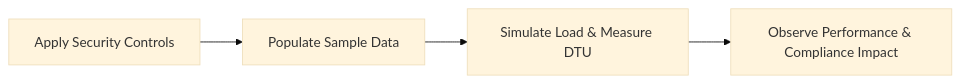
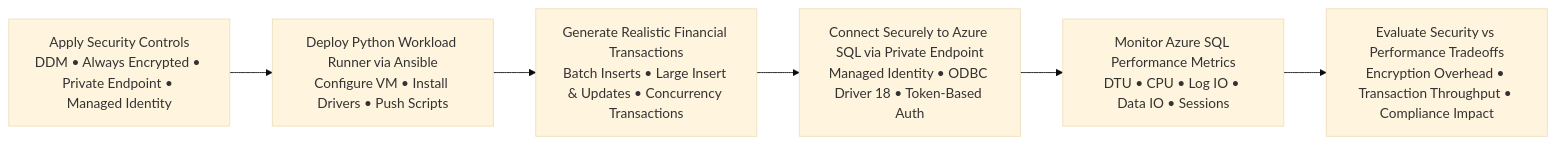
The sixth of 7 diagrams in docs/paas-database.md (hardeymolhar/azure-sql-automated-infrastructure), drawn with Mermaid (base theme) before and after one commit. The commit also changed other lines of this file and 1 other file, not shown here.

Commit message:
Updated readme for presentation

````diff
--- a/docs/paas-database.md
+++ b/docs/paas-database.md
@@ -273,6 +275,25 @@
 ```mermaid
 flowchart LR
-    A[Apply Security Controls] --> B[Populate Sample Data]
-    B --> C[Simulate Load & Measure DTU]
-    C --> D[Observe Performance & Compliance Impact]
+
+    A[Apply Security Controls<br/>DDM • Always Encrypted • Private Endpoint • Managed Identity]
+
+    --> 
+
+    B[Deploy Python Workload Runner via Ansible<br/>Configure VM • Install Drivers • Push Scripts]
+
+    --> 
+
+    C[Generate Realistic Financial Transactions<br/>Batch Inserts • Large Insert & Updates • Concurrency Transactions]
+
+    --> 
+
+    D[Connect Securely to Azure SQL via Private Endpoint<br/>Managed Identity • ODBC Driver 18 • Token-Based Auth]
+
+    --> 
+
+    E[Monitor Azure SQL Performance Metrics<br/>DTU • CPU • Log IO • Data IO • Sessions]
+
+    --> 
+
+    F[Evaluate Security vs Performance Tradeoffs<br/>Encryption Overhead • Transaction Throughput • Compliance Impact]
 ```
````
